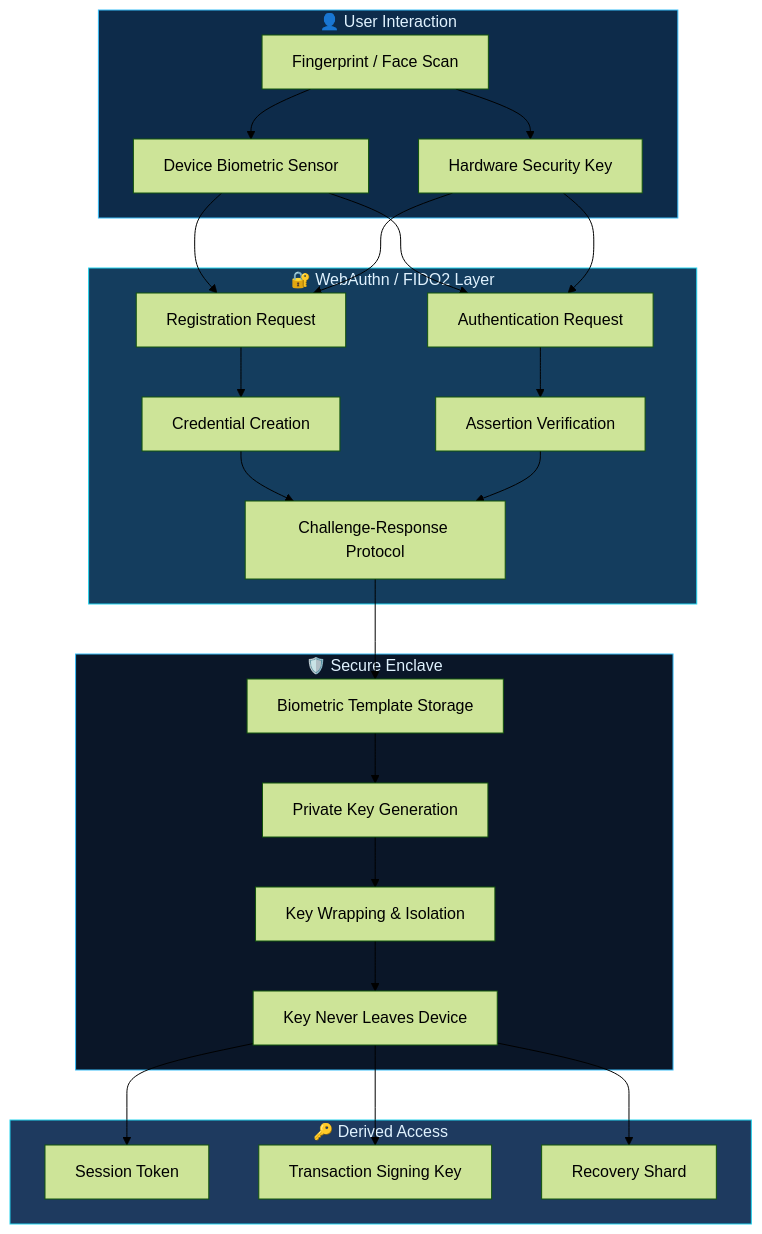
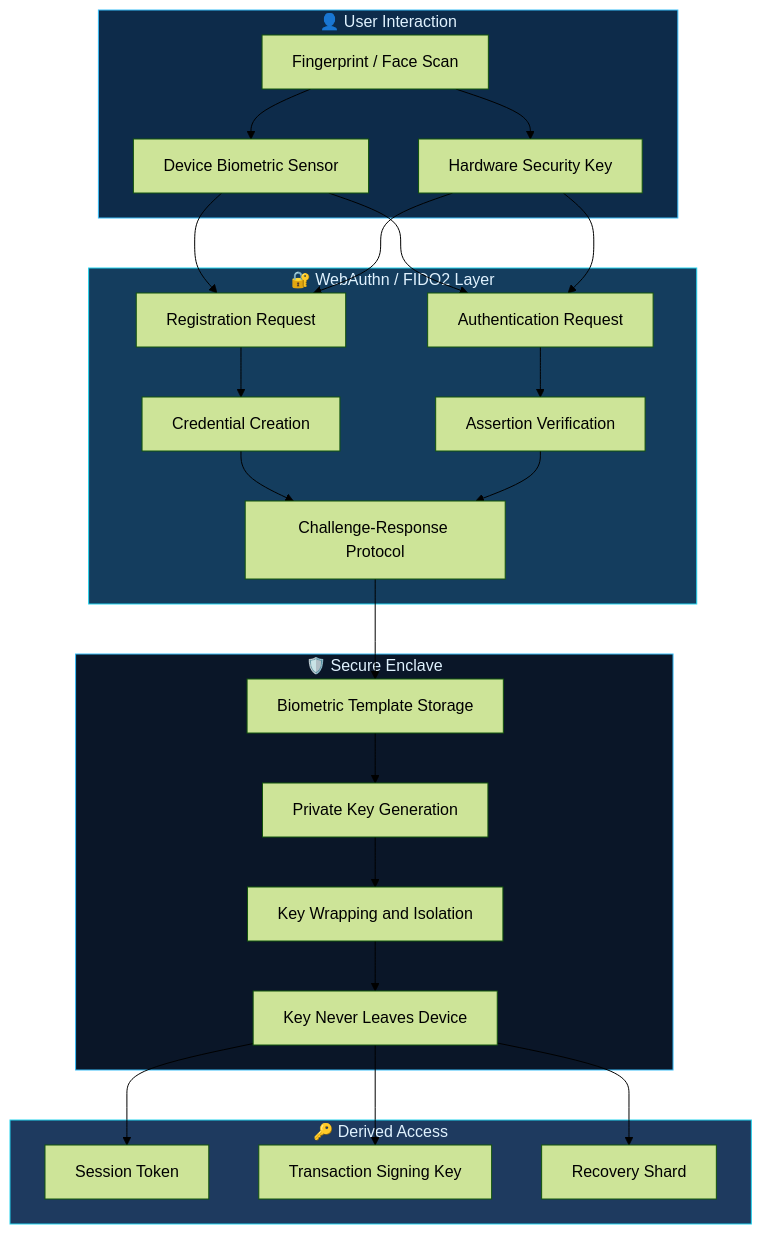
The first of 4 diagrams in README.md (mulkymalikuldhrs/BioWallet), drawn with Mermaid (forest theme) before and after one commit. The commit also changed other lines of this file and 1 other file, not shown here.

Commit message:
🎨 Upgrade: banner image + fixed Mermaid + animations + flow diagrams

````diff
--- a/README.md
+++ b/README.md
@@ -166,37 +76,37 @@
 ```mermaid
 flowchart TD
     subgraph User["👤 User Interaction"]
         A[Fingerprint / Face Scan] --> B[Hardware Security Key]
         A --> C[Device Biometric Sensor]
     end
 
     subgraph WebAuthn["🔐 WebAuthn / FIDO2 Layer"]
         D[Registration Request] --> E[Credential Creation]
         F[Authentication Request] --> G[Assertion Verification]
         E --> H[Challenge-Response Protocol]
         G --> H
     end
 
     subgraph Enclave["🛡️ Secure Enclave"]
         H --> I[Biometric Template Storage]
         I --> J[Private Key Generation]
-        J --> K[Key Wrapping & Isolation]
+        J --> K[Key Wrapping and Isolation]
         K --> L[Key Never Leaves Device]
     end
 
     subgraph Derived["🔑 Derived Access"]
         L --> M[Session Token]
         L --> N[Transaction Signing Key]
         L --> O[Recovery Shard]
     end
 
     C --> D
     C --> F
     B --> D
     B --> F
 
     style User fill:#0d2b4a,stroke:#38bdf8,color:#e0f2fe
     style WebAuthn fill:#143d5e,stroke:#22d3ee,color:#e0f2fe
     style Enclave fill:#0a1628,stroke:#38bdf8,color:#e0f2fe
     style Derived fill:#1e3a5f,stroke:#22d3ee,color:#e0f2fe
 ```
````
